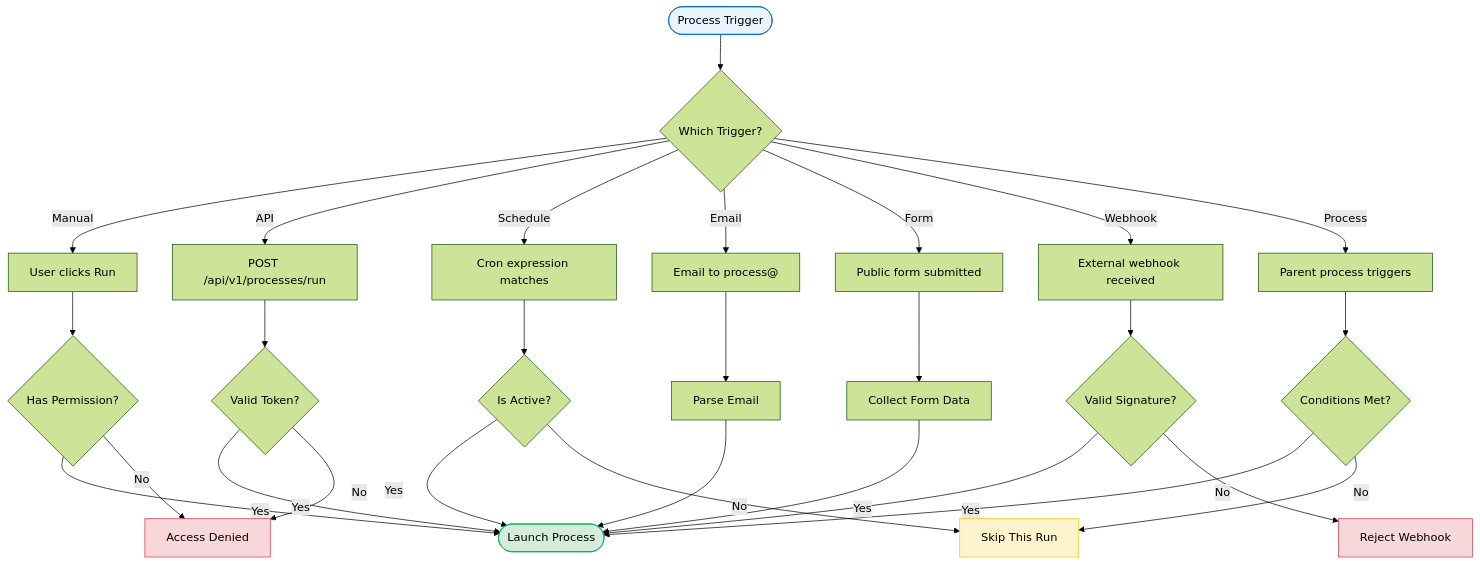
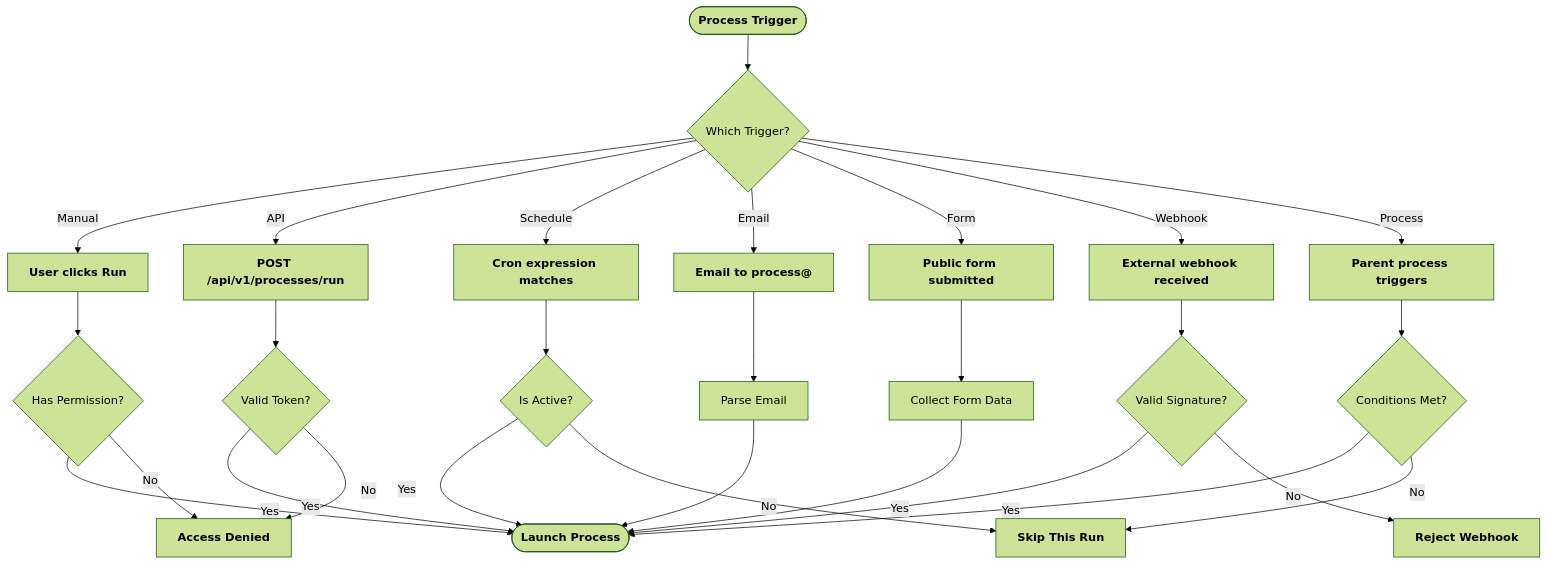
One commit to tallyfy/documentation changed the fourth of 16 diagrams in CLAUDE.md. Above: the diagram before and after it, drawn with Mermaid. The commit also changed other lines of this file and 22 other files, not shown here.

Commit message:
Adding changes to Mermaid

````diff
--- a/CLAUDE.md
+++ b/CLAUDE.md
@@ -973,42 +1018,36 @@
 ```mermaid
 %%{init: {'theme':'forest'}}%%
 flowchart TD
-    Start([Process Trigger]) --> Check{Which Trigger?}
+    Start(["`**Process Trigger**`"]) --> Check{"`Which Trigger?`"}
     
-    Check -->|Manual| M[User clicks Run]
-    Check -->|API| A[POST /api/v1/processes/run]
-    Check -->|Schedule| S[Cron expression matches]
-    Check -->|Email| E[Email to process@]
-    Check -->|Form| F[Public form submitted]
-    Check -->|Webhook| W[External webhook received]
-    Check -->|Process| P[Parent process triggers]
+    Check -->|"`Manual`"| M["`**User clicks Run**`"]
+    Check -->|"`API`"| A["`**POST /api/v1/processes/run**`"]
+    Check -->|"`Schedule`"| S["`**Cron expression matches**`"]
+    Check -->|"`Email`"| E["`**Email to process@**`"]
+    Check -->|"`Form`"| F["`**Public form submitted**`"]
+    Check -->|"`Webhook`"| W["`**External webhook received**`"]
+    Check -->|"`Process`"| P["`**Parent process triggers**`"]
     
-    M --> Validate{Has Permission?}
-    A --> Auth{Valid Token?}
-    S --> Time{Is Active?}
-    E --> Parse[Parse Email]
-    F --> Data[Collect Form Data]
-    W --> Verify{Valid Signature?}
-    P --> Check2{Conditions Met?}
+    M --> Validate{"`Has Permission?`"}
+    A --> Auth{"`Valid Token?`"}
+    S --> Time{"`Is Active?`"}
+    E --> Parse["`Parse Email`"]
+    F --> Data["`Collect Form Data`"]
+    W --> Verify{"`Valid Signature?`"}
+    P --> Check2{"`Conditions Met?`"}
     
-    Validate -->|Yes| Launch
-    Validate -->|No| Deny[Access Denied]
-    Auth -->|Yes| Launch
-    Auth -->|No| Deny
-    Time -->|Yes| Launch
-    Time -->|No| Skip[Skip This Run]
+    Validate -->|"`Yes`"| Launch
+    Validate -->|"`No`"| Deny["`**Access Denied**`"]
+    Auth -->|"`Yes`"| Launch
+    Auth -->|"`No`"| Deny
+    Time -->|"`Yes`"| Launch
+    Time -->|"`No`"| Skip["`**Skip This Run**`"]
     Parse --> Launch
     Data --> Launch
-    Verify -->|Yes| Launch
-    Verify -->|No| Reject[Reject Webhook]
-    Check2 -->|Yes| Launch
-    Check2 -->|No| Skip
+    Verify -->|"`Yes`"| Launch
+    Verify -->|"`No`"| Reject["`**Reject Webhook**`"]
+    Check2 -->|"`Yes`"| Launch
+    Check2 -->|"`No`"| Skip
     
-    Launch([Launch Process])
-    
-    style Start fill:#E8F4FF,stroke:#0066CC
-    style Launch fill:#D4EDDA,stroke:#00AA55
-    style Deny fill:#F8D7DA,stroke:#DC3545
-    style Reject fill:#F8D7DA,stroke:#DC3545
-    style Skip fill:#FFF3CD,stroke:#FFC107
+    Launch(["`**Launch Process**`"])
 ```
````
